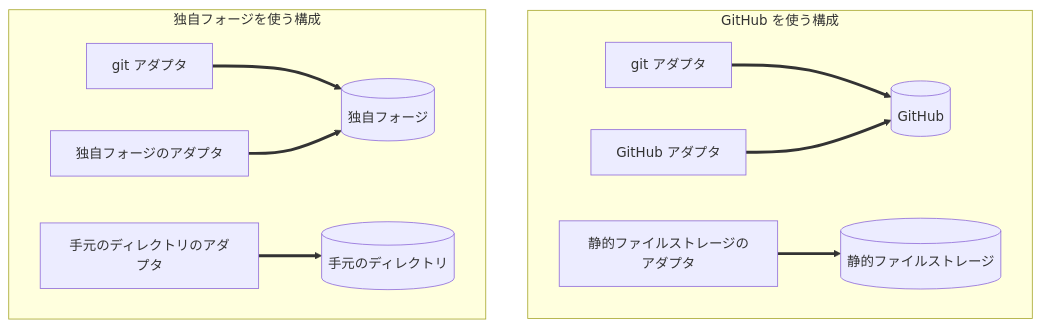
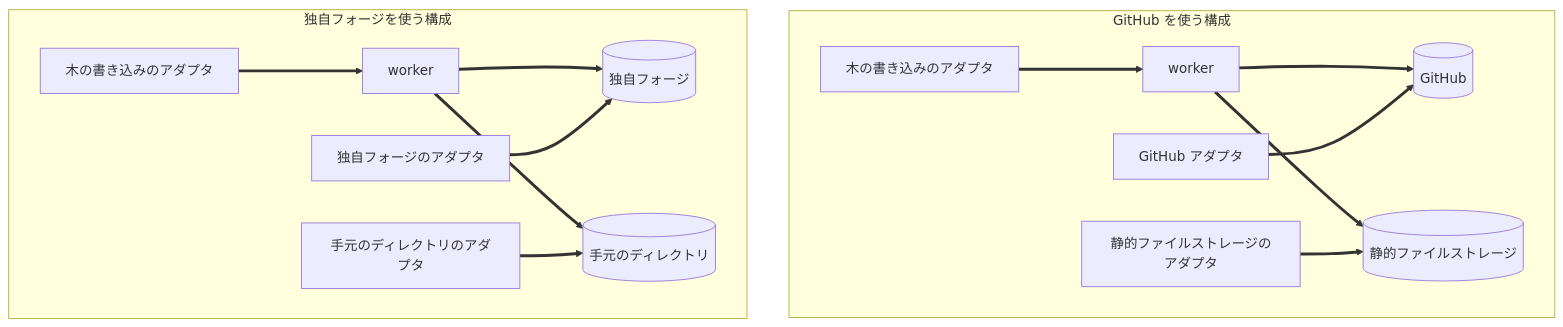
Before and after one commit to yamambainc/logiforge: the diagram in design/adapters/README.md, drawn with Mermaid. The commit also changed other lines of this file and 20 other files, not shown here.

First line of the commit message:
design: git に触れるのを worker だけにし、004c33d のレビューの指摘を直した

````diff
--- a/design/adapters/README.md
+++ b/design/adapters/README.md
@@ -17,13 +17,15 @@
 ```mermaid
 flowchart TB
   subgraph G["GitHub を使う構成"]
-    G1["git アダプタ"] ==> GH[("GitHub")]
+    G1["木の書き込みのアダプタ"] ==> GW["worker"] ==> GH[("GitHub")]
+    GW ==> OBJ
     G2["GitHub アダプタ"] ==> GH
     G3["静的ファイルストレージのアダプタ"] ==> OBJ[("静的ファイルストレージ")]
   end
   subgraph N["独自フォージを使う構成"]
-    N1["git アダプタ"] ==> NF[("独自フォージ")]
+    N1["木の書き込みのアダプタ"] ==> NW["worker"] ==> NF[("独自フォージ")]
+    NW ==> DIR
     N2["独自フォージのアダプタ"] ==> NF
     N3["手元のディレクトリのアダプタ"] ==> DIR[("手元のディレクトリ")]
   end
 ```
````
